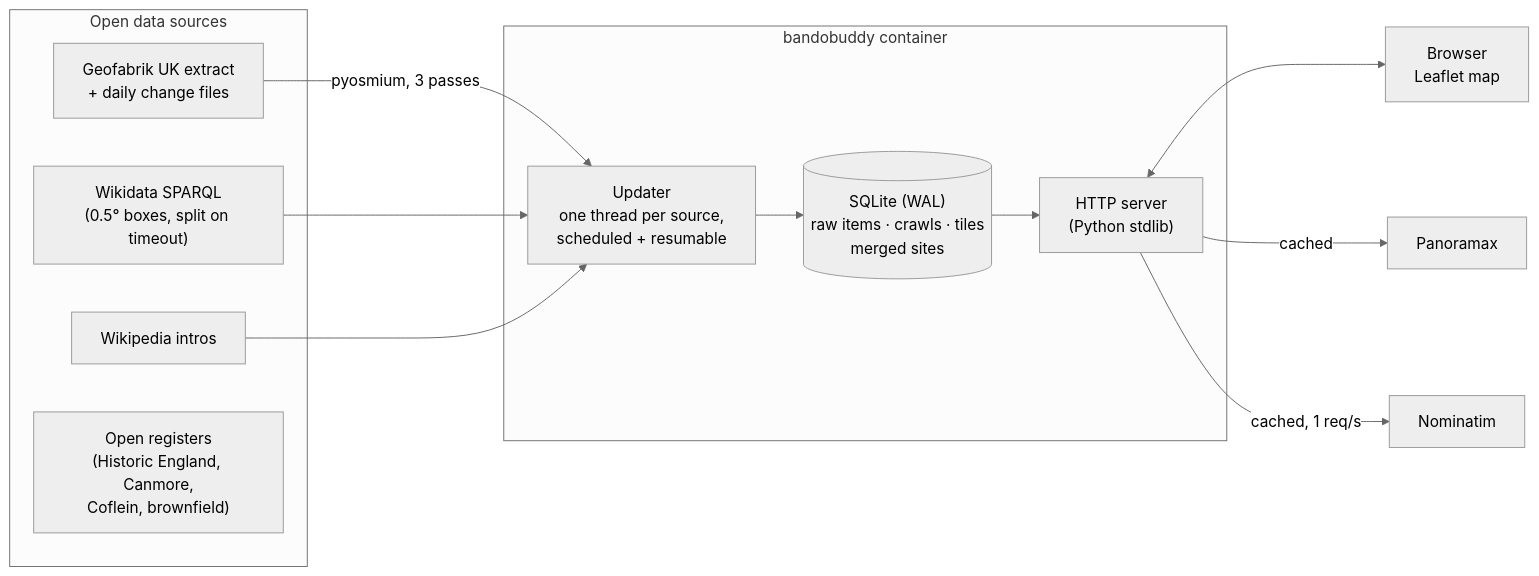
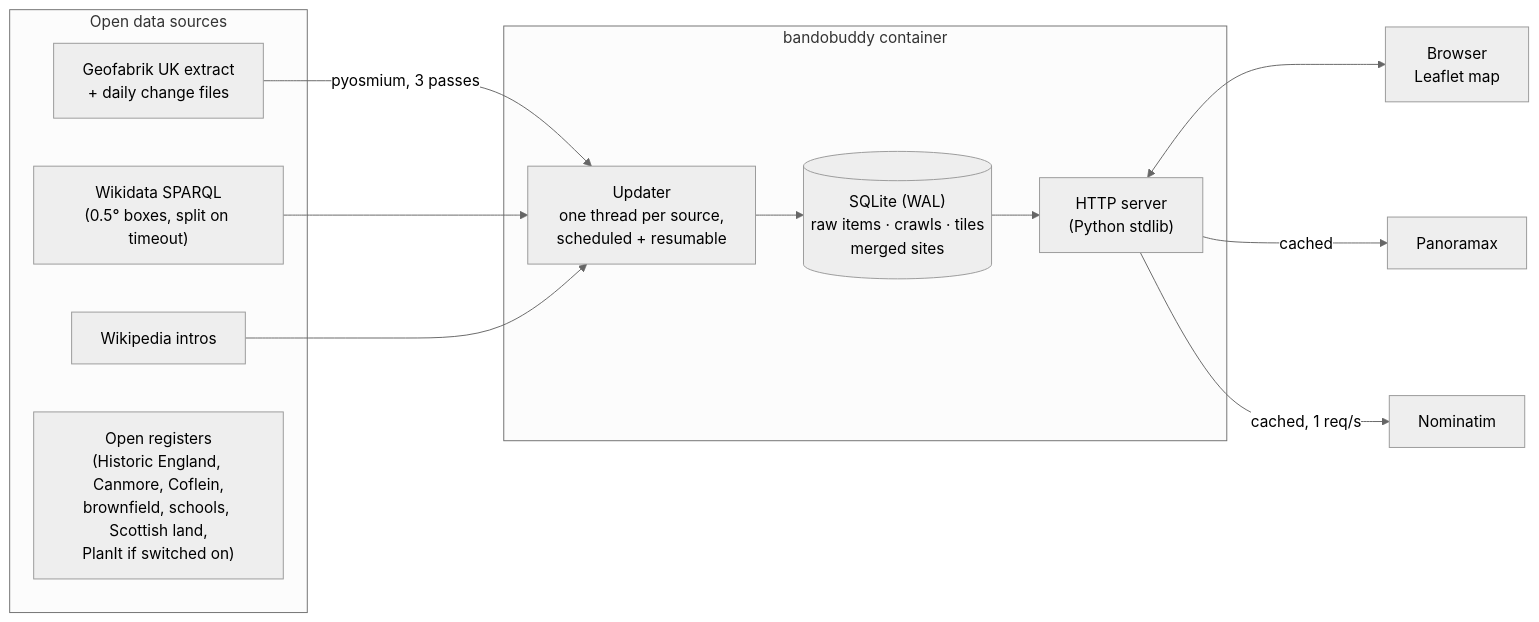
The diagram in README.md (aidenharwood/portfolio-python-bandobuddy), drawn with Mermaid (neutral theme) before and after one commit. The commit also changed other lines of this file and 19 other files, not shown here.

````diff
--- a/README.md
+++ b/README.md
@@ -21,25 +21,25 @@
 ```mermaid
 flowchart LR
   subgraph Sources["Open data sources"]
     GF["Geofabrik UK extract<br/>+ daily change files"]
     WD["Wikidata SPARQL<br/>(0.5° boxes, split on timeout)"]
     WP["Wikipedia intros"]
-    OD["Open registers<br/>(Historic England, Canmore,<br/>Coflein, brownfield)"]
+    OD["Open registers<br/>(Historic England, Canmore, Coflein,<br/>brownfield, schools, Scottish land,<br/>PlanIt if switched on)"]
   end
   subgraph App["bandobuddy container"]
     UP["Updater<br/>one thread per source,<br/>scheduled + resumable"]
     DB[("SQLite (WAL)<br/>raw items · crawls · tiles<br/>merged sites")]
     WEB["HTTP server<br/>(Python stdlib)"]
   end
   UI["Browser<br/>Leaflet map"]
   PX["Panoramax"]
   NM["Nominatim"]
   GF -->|pyosmium, 3 passes| UP
   WD --> UP
   WP --> UP
   UP --> DB
   DB --> WEB
   WEB <--> UI
   WEB -->|cached| PX
   WEB -->|cached, 1 req/s| NM
 ```
````
